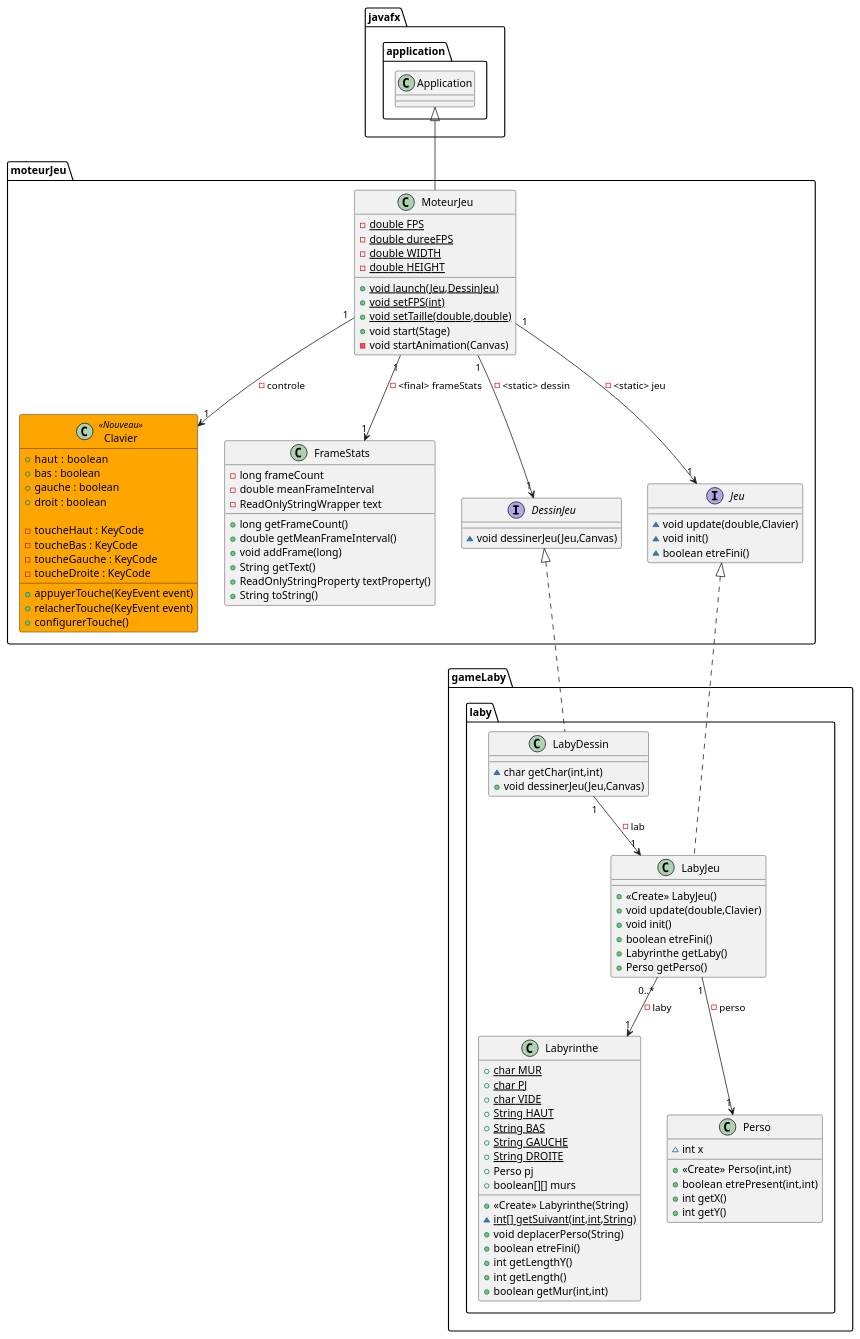
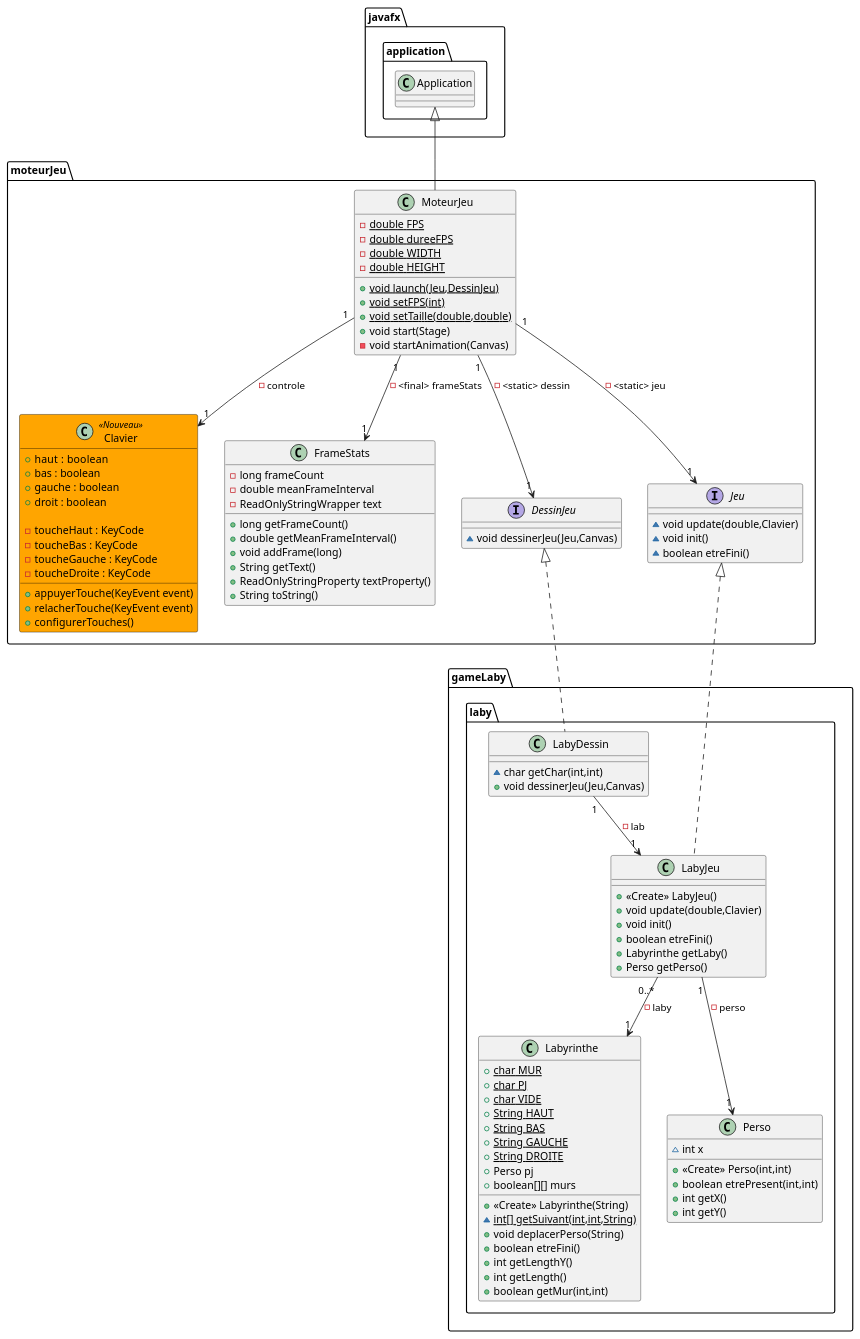
Before and after one commit to Luquor/2022_Zeldiablo_pinchon6u_elbourou11u_allali24u_kone41u_signorel2u: the diagram in documents/version_4/DiagClassConfigurationClavier.puml, drawn with PlantUML. The commit also changed 1 other file, not shown here.

Commit message:
push du diagramme de class de la configuration du clavier.

```diff
--- a/documents/version_4/DiagClassConfigurationClavier.puml
+++ b/documents/version_4/DiagClassConfigurationClavier.puml
@@ -1,108 +1,108 @@
 @startuml
 
 skinparam class{
   BackgroundColor<<Nouveau>> Orange
   BorderColor<<Nouveau>> Black
 }
 
 class moteurJeu.Clavier<<Nouveau>>
 {
     + haut  : boolean
     + bas : boolean
     + gauche : boolean
     + droit : boolean
 
     - toucheHaut : KeyCode
     - toucheBas : KeyCode
     - toucheGauche : KeyCode
     - toucheDroite : KeyCode
 
     + appuyerTouche(KeyEvent event)
     + relacherTouche(KeyEvent event)
-    + configurerTouche()
+    + configurerTouches()
 }
 
 class moteurJeu.FrameStats {
 - long frameCount
 - double meanFrameInterval
 - ReadOnlyStringWrapper text
 + long getFrameCount()
 + double getMeanFrameInterval()
 + void addFrame(long)
 + String getText()
 + ReadOnlyStringProperty textProperty()
 + String toString()
 }
 class gameLaby.laby.Labyrinthe {
 + {static} char MUR
 + {static} char PJ
 + {static} char VIDE
 + {static} String HAUT
 + {static} String BAS
 + {static} String GAUCHE
 + {static} String DROITE
 + Perso pj
 + boolean[][] murs
 + <<Create>> Labyrinthe(String)
 ~ {static} int[] getSuivant(int,int,String)
 + void deplacerPerso(String)
 + boolean etreFini()
 + int getLengthY()
 + int getLength()
 + boolean getMur(int,int)
 }
 interface moteurJeu.DessinJeu {
 ~ void dessinerJeu(Jeu,Canvas)
 }
 class gameLaby.laby.LabyDessin {
 ~ char getChar(int,int)
 + void dessinerJeu(Jeu,Canvas)
 }
 
 class gameLaby.laby.LabyJeu {
 + <<Create>> LabyJeu()
 + void update(double,Clavier)
 + void init()
 + boolean etreFini()
 + Labyrinthe getLaby()
 + Perso getPerso()
 }
 interface moteurJeu.Jeu {
 ~ void update(double,Clavier)
 ~ void init()
 ~ boolean etreFini()
 }
 
 class gameLaby.laby.Perso {
 ~ int x
 + <<Create>> Perso(int,int)
 + boolean etrePresent(int,int)
 + int getX()
 + int getY()
 }
 
 class moteurJeu.MoteurJeu {
 - {static} double FPS
 - {static} double dureeFPS
 - {static} double WIDTH
 - {static} double HEIGHT
 + {static} void launch(Jeu,DessinJeu)
 + {static} void setFPS(int)
 + {static} void setTaille(double,double)
 + void start(Stage)
 - void startAnimation(Canvas)
 }
 
 
 moteurJeu.DessinJeu <|.. gameLaby.laby.LabyDessin
 moteurJeu.Jeu <|.. gameLaby.laby.LabyJeu
 javafx.application.Application <|-- moteurJeu.MoteurJeu
 moteurJeu.MoteurJeu "1" --> "1" moteurJeu.Clavier : - controle
 moteurJeu.MoteurJeu "1" --> "1" moteurJeu.Jeu : - <static> jeu
 moteurJeu.MoteurJeu "1" --> "1" moteurJeu.DessinJeu : - <static> dessin
 moteurJeu.MoteurJeu "1" --> "1" moteurJeu.FrameStats : - <final> frameStats
 gameLaby.laby.LabyJeu "0..*" --> "1" gameLaby.laby.Labyrinthe : - laby
 gameLaby.laby.LabyJeu "1" --> "1" gameLaby.laby.Perso : - perso
 gameLaby.laby.LabyDessin "1" --> "1" gameLaby.laby.LabyJeu : - lab
 
 @enduml
```
